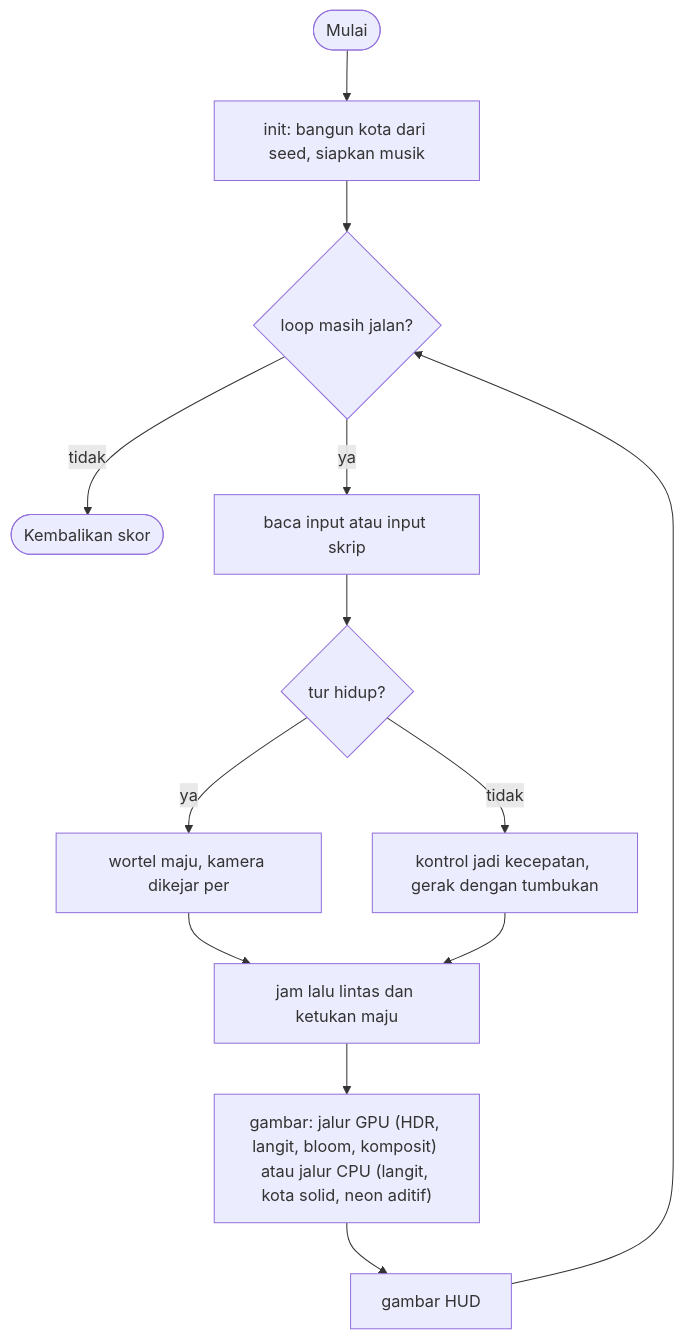
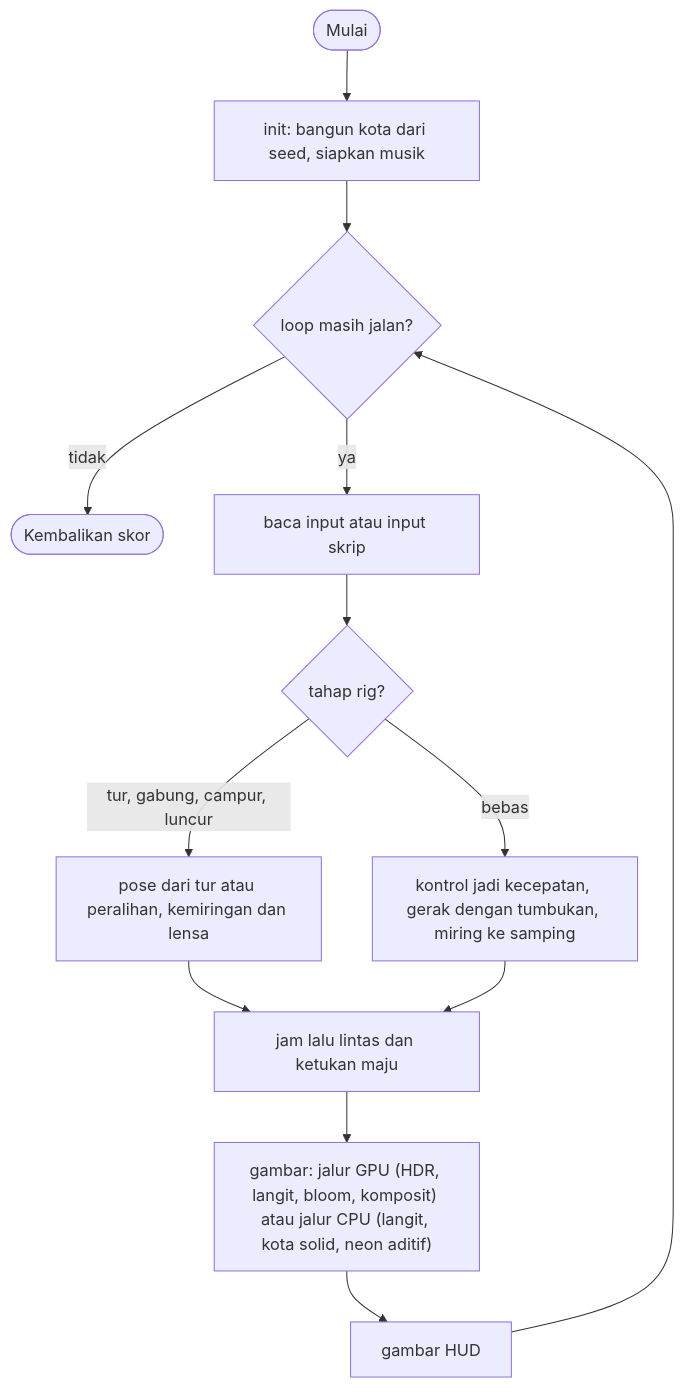
Before and after one commit to zaxx-q/arCade: the diagram in deferred/synthwave_city/GAME.md, drawn with Mermaid. The commit also changed other lines of this file and 20 other files, not shown here.

````diff
--- a/deferred/synthwave_city/GAME.md
+++ b/deferred/synthwave_city/GAME.md
@@ -302,15 +327,15 @@
 ```mermaid
 flowchart TD
     A([Mulai]) --> B["init: bangun kota dari seed, siapkan musik"]
     B --> C{"loop masih jalan?"}
     C -- tidak --> Z([Kembalikan skor])
     C -- ya --> D[baca input atau input skrip]
-    D --> E{"tur hidup?"}
-    E -- ya --> F["wortel maju, kamera dikejar per"]
-    E -- tidak --> G["kontrol jadi kecepatan, gerak dengan tumbukan"]
+    D --> E{"tahap rig?"}
+    E -- "tur, gabung, campur, luncur" --> F["pose dari tur atau peralihan, kemiringan dan lensa"]
+    E -- bebas --> G["kontrol jadi kecepatan, gerak dengan tumbukan, miring ke samping"]
     F --> H["jam lalu lintas dan ketukan maju"]
     G --> H
     H --> I["gambar: jalur GPU (HDR, langit, bloom, komposit) atau jalur CPU (langit, kota solid, neon aditif)"]
     I --> J[gambar HUD]
     J --> C
 ```
````
